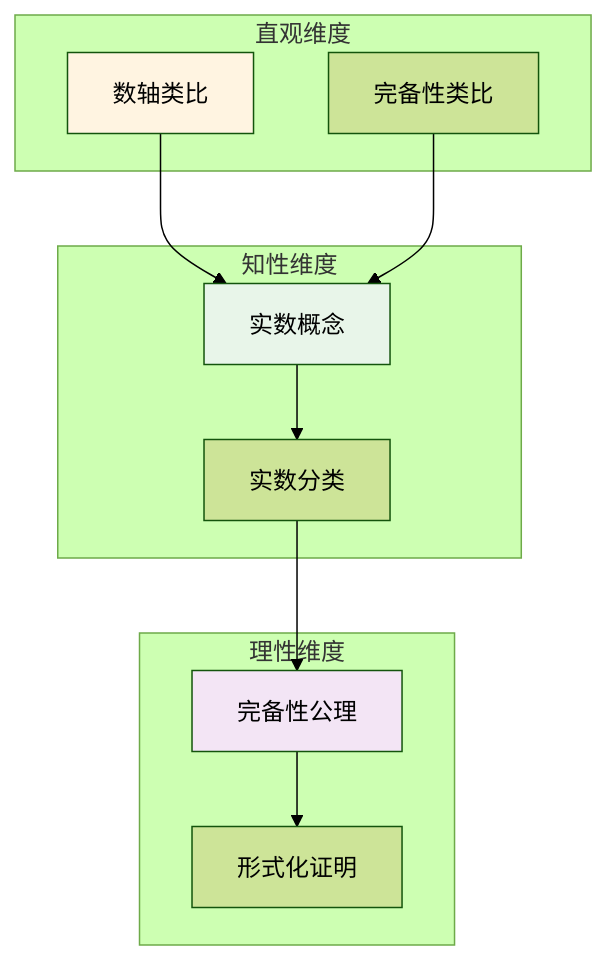
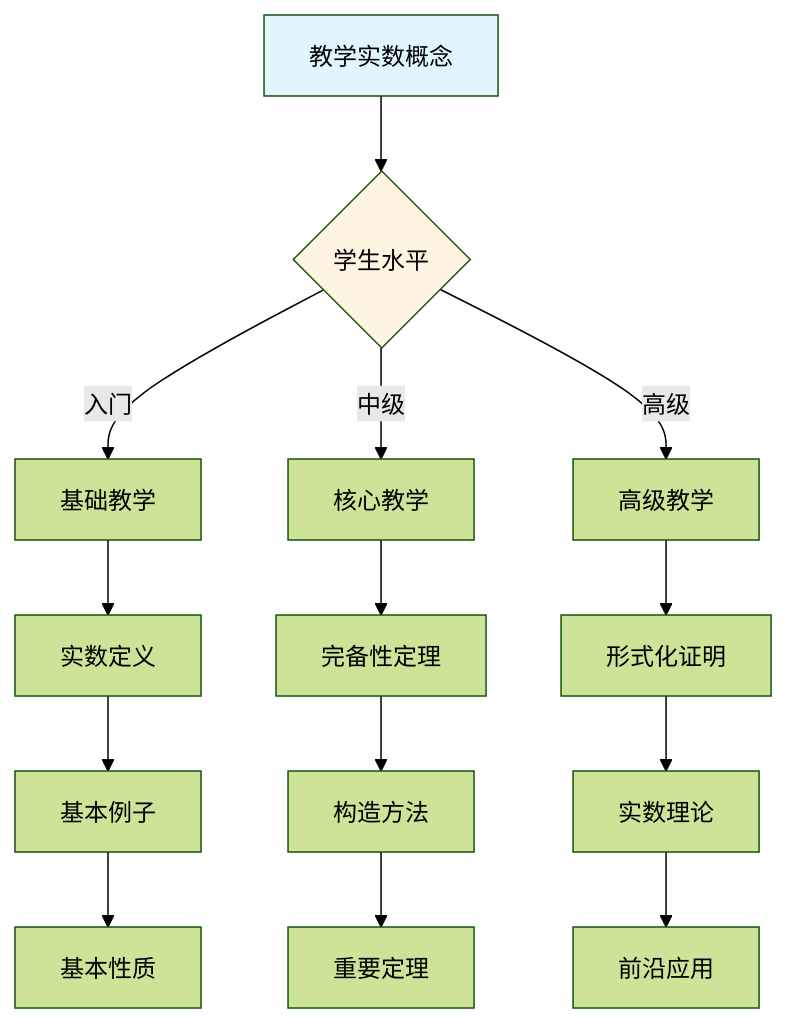
Before and after one commit to AdaMartin18010/FormalMath: the tenth of 10 diagrams in concept/核心概念/06-实数.md, drawn with Mermaid (forest theme). The commit also changed other lines of this file and 4793 other files, not shown here.

````diff
--- a/concept/核心概念/06-实数.md
+++ b/concept/核心概念/06-实数.md
@@ -911,27 +2535,22 @@
 ```mermaid
-graph TB
-    subgraph 直观维度
-        A1[数轴类比]
-        A2[完备性类比]
-    end
+graph TD
+    A[教学实数概念] --> B{学生水平}
+    B -->|入门| C[基础教学]
+    B -->|中级| D[核心教学]
+    B -->|高级| E[高级教学]
 
-    subgraph 知性维度
-        B1[实数概念]
-        B2[实数分类]
-    end
+    C --> C1[实数定义]
+    C1 --> C2[基本例子]
+    C2 --> C3[基本性质]
 
-    subgraph 理性维度
-        C1[完备性公理]
-        C2[形式化证明]
-    end
+    D --> D1[完备性定理]
+    D1 --> D2[构造方法]
+    D2 --> D3[重要定理]
 
-    A1 --> B1
-    A2 --> B1
-    B1 --> B2
-    B2 --> C1
-    C1 --> C2
+    E --> E1[形式化证明]
+    E1 --> E2[实数理论]
+    E2 --> E3[前沿应用]
 
-    style A1 fill:#fff4e1
-    style B1 fill:#e8f5e9
-    style C1 fill:#f3e5f5
+    style A fill:#e1f5ff
+    style B fill:#fff4e1
 ```
````
